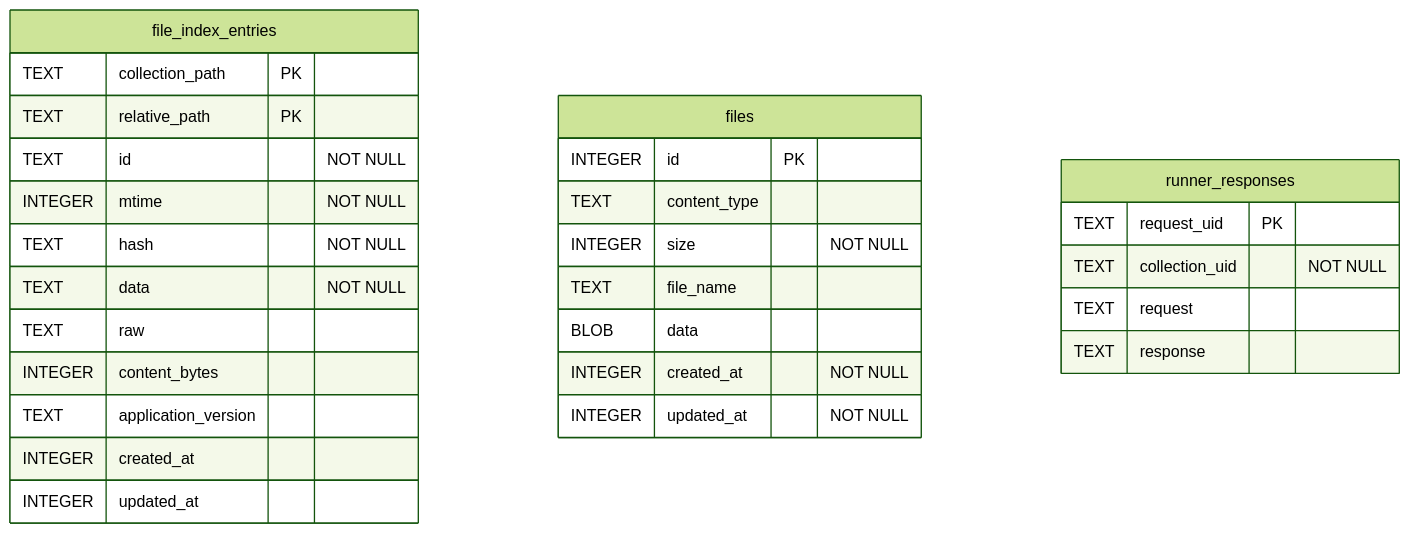
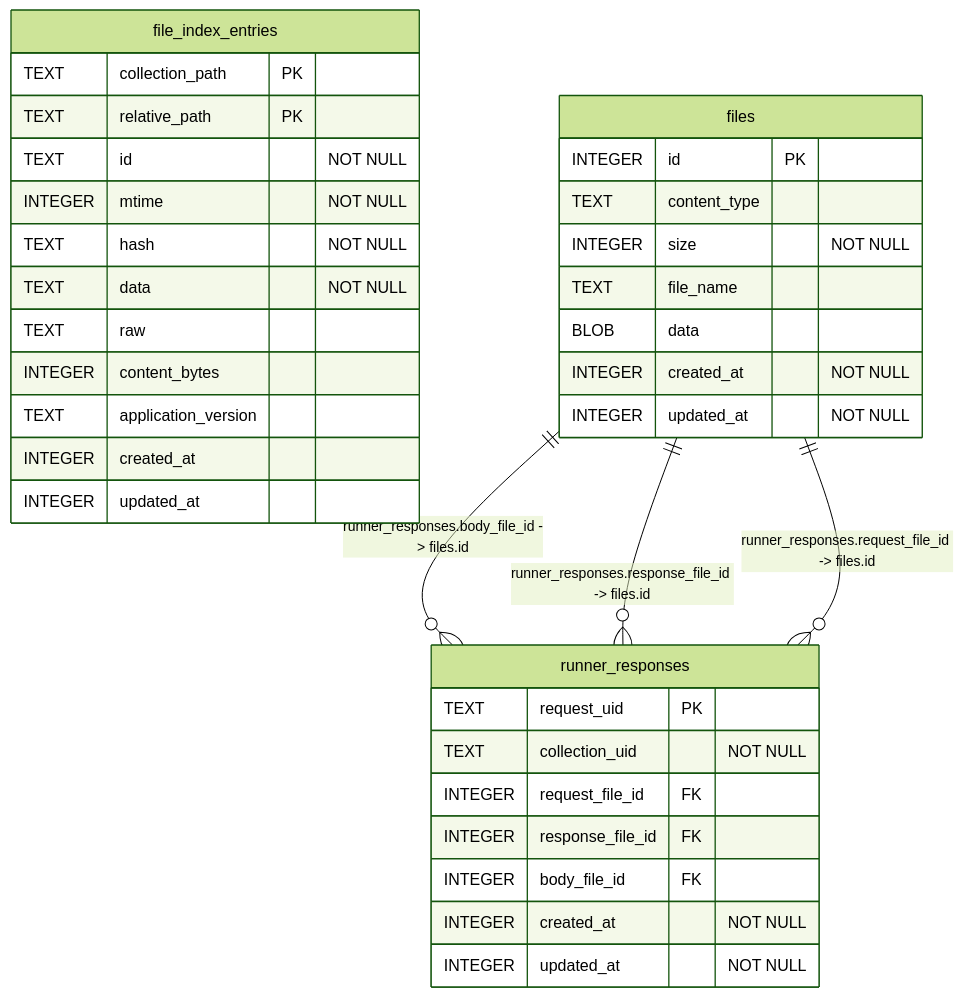
The diagram in packages/bruno-sqlite/SCHEMA.md (usebruno/bruno), drawn with Mermaid (forest theme) before and after one commit. The commit also changed other lines of this file and 22 other files, not shown here.

````diff
--- a/packages/bruno-sqlite/SCHEMA.md
+++ b/packages/bruno-sqlite/SCHEMA.md
@@ -7,31 +7,37 @@
 ```mermaid
 erDiagram
   file_index_entries {
     TEXT collection_path PK
     TEXT relative_path PK
     TEXT id "NOT NULL"
     INTEGER mtime "NOT NULL"
     TEXT hash "NOT NULL"
     TEXT data "NOT NULL"
     TEXT raw
     INTEGER content_bytes
     TEXT application_version
     INTEGER created_at
     INTEGER updated_at
   }
   files {
     INTEGER id PK
     TEXT content_type
     INTEGER size "NOT NULL"
     TEXT file_name
     BLOB data
     INTEGER created_at "NOT NULL"
     INTEGER updated_at "NOT NULL"
   }
   runner_responses {
     TEXT request_uid PK
     TEXT collection_uid "NOT NULL"
-    TEXT request
-    TEXT response
+    INTEGER request_file_id FK
+    INTEGER response_file_id FK
+    INTEGER body_file_id FK
+    INTEGER created_at "NOT NULL"
+    INTEGER updated_at "NOT NULL"
   }
+  files ||--o{ runner_responses : "runner_responses.body_file_id -> files.id"
+  files ||--o{ runner_responses : "runner_responses.response_file_id -> files.id"
+  files ||--o{ runner_responses : "runner_responses.request_file_id -> files.id"
 ```
````
